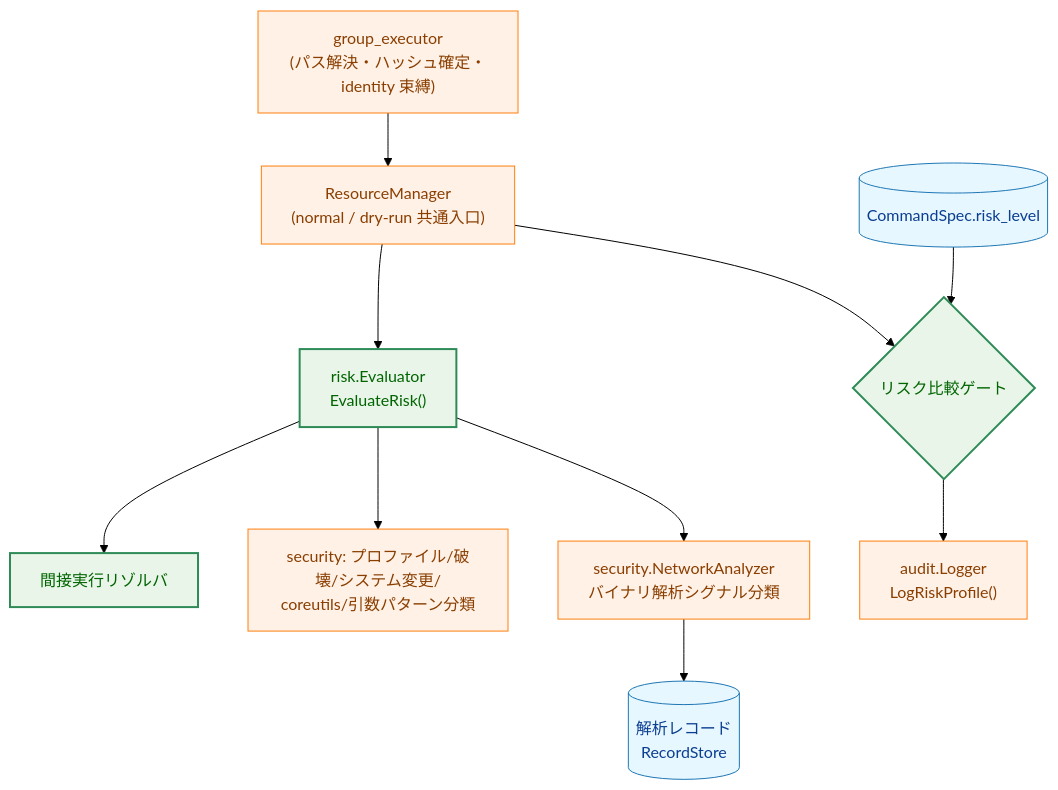
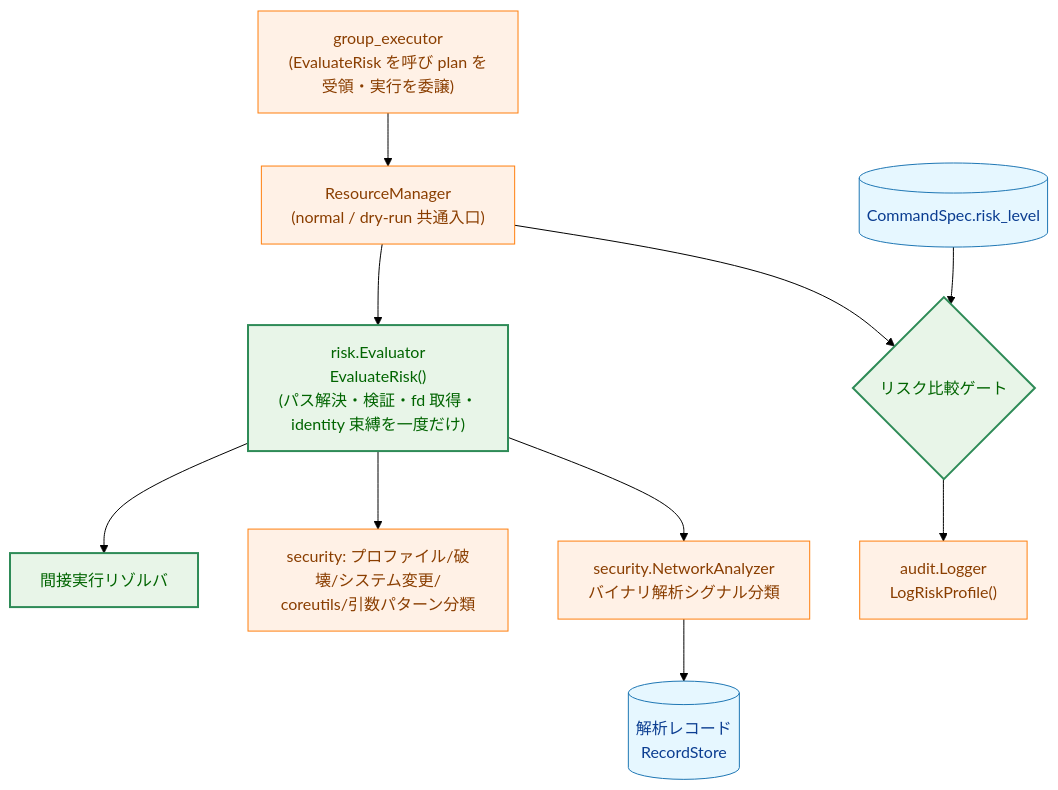
Before and after one commit to isseis/go-safe-cmd-runner: the third of 12 diagrams in docs/tasks/0136_runtime_risk_evaluation_enforcement/02_architecture.md, drawn with Mermaid (forest theme). The commit also changed other lines of this file and 1 other file, not shown here.

Commit message:
docs(0136): address PR #726 review round 5 (2 fixes, 1 deferred)
- §2.1 architecture diagram: relabel group_executor as "calls EvaluateRisk,
  receives plan, delegates execution"; resolution/verification/identity binding
  attributed to the evaluator (consistent with §2.3/§3.6.2)
- 01 AC-17: fix mismatched full/half-width parentheses

Deferred to 03 (replied on PR): stabilizing ResolvedEnv serialization order
(sort keys when converting map -> []string) is an implementation detail.

````diff
--- a/docs/tasks/0136_runtime_risk_evaluation_enforcement/02_architecture.md
+++ b/docs/tasks/0136_runtime_risk_evaluation_enforcement/02_architecture.md
@@ -81,20 +81,20 @@
 ```mermaid
 flowchart TD
     classDef data fill:#e6f7ff,stroke:#1f77b4,stroke-width:1px,color:#0b3d91;
     classDef process fill:#fff1e6,stroke:#ff7f0e,stroke-width:1px,color:#8a3e00;
     classDef enhanced fill:#e8f5e8,stroke:#2e8b57,stroke-width:2px,color:#006400;
 
-    GE["group_executor<br>(パス解決・ハッシュ確定・identity 束縛)"] --> RM["ResourceManager<br>(normal / dry-run 共通入口)"]
-    RM --> EV["risk.Evaluator<br>EvaluateRisk()"]
+    GE["group_executor<br>(EvaluateRisk を呼び plan を受領・実行を委譲)"] --> RM["ResourceManager<br>(normal / dry-run 共通入口)"]
+    RM --> EV["risk.Evaluator<br>EvaluateRisk()<br>(パス解決・検証・fd 取得・identity 束縛を一度だけ)"]
     EV --> IR["間接実行リゾルバ"]
     EV --> SEC["security: プロファイル/破壊/システム変更/<br>coreutils/引数パターン分類"]
     EV --> NA["security.NetworkAnalyzer<br>バイナリ解析シグナル分類"]
     NA --> RS[("解析レコード<br>RecordStore")]
     RM --> GATE{"リスク比較ゲート"}
     CFG[("CommandSpec.risk_level")] --> GATE
     GATE --> AL["audit.Logger<br>LogRiskProfile()"]
 
     class RS,CFG data
     class GE,RM,SEC,NA,AL process
     class EV,IR,GATE enhanced
 ```
````
